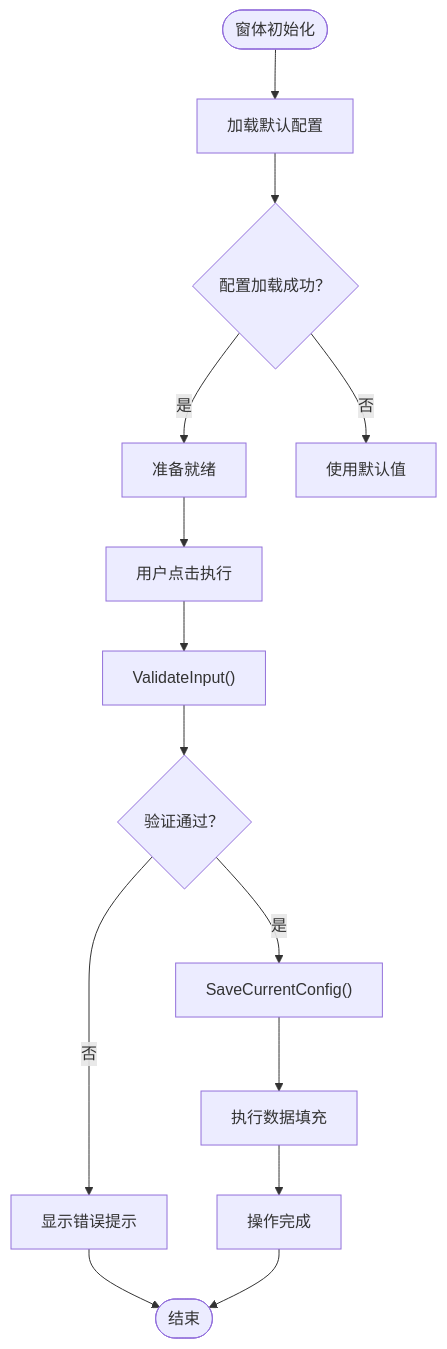
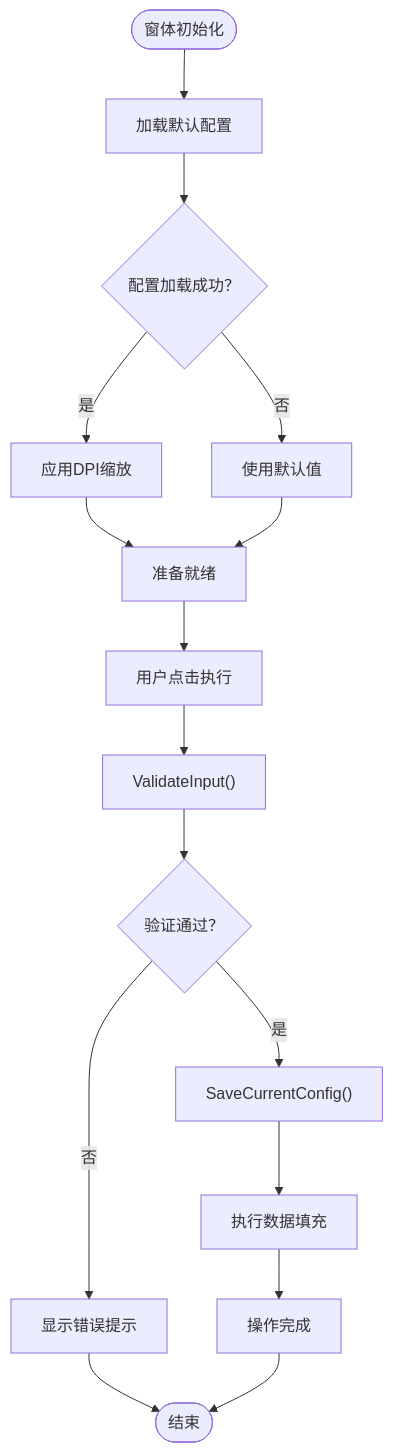
The seventh of 10 diagrams in .qoder/repowiki/zh/content/界面组件/界面组件.md (rainiva/WordTools), drawn with Mermaid before and after one commit. The commit also changed other lines of this file and 8 other files, not shown here.

Commit message:
perf: 大表格插图性能优化-清理编号与计算起始号瓶颈修复+诊断计时

````diff
--- a/.qoder/repowiki/zh/content/界面组件/界面组件.md
+++ b/.qoder/repowiki/zh/content/界面组件/界面组件.md
@@ -321,16 +346,18 @@
 ```mermaid
 flowchart TD
 Start(["窗体初始化"]) --> LoadConfig["加载默认配置"]
 LoadConfig --> LoadSuccess{"配置加载成功？"}
-LoadSuccess --> |是| Ready["准备就绪"]
+LoadSuccess --> |是| ApplyDpi["应用DPI缩放"]
 LoadSuccess --> |否| Default["使用默认值"]
+ApplyDpi --> Ready["准备就绪"]
+Default --> Ready
 Ready --> Execute["用户点击执行"]
 Execute --> Validate["ValidateInput()"]
 Validate --> Valid{"验证通过？"}
 Valid --> |否| ShowError["显示错误提示"]
 Valid --> |是| SaveConfig["SaveCurrentConfig()"]
 SaveConfig --> RunService["执行数据填充"]
 RunService --> Complete["操作完成"]
 ShowError --> End(["结束"])
 Complete --> End
 ```
````
